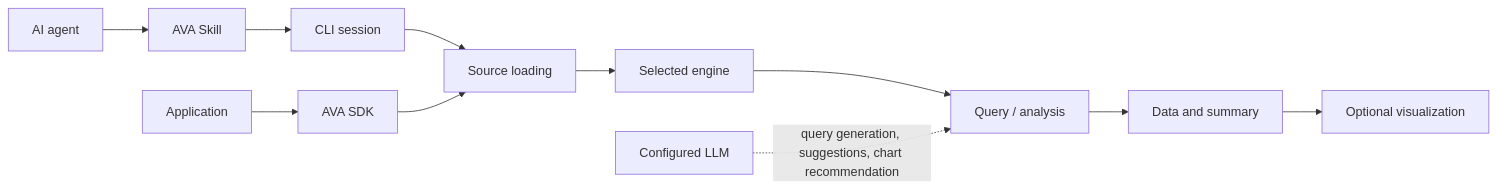
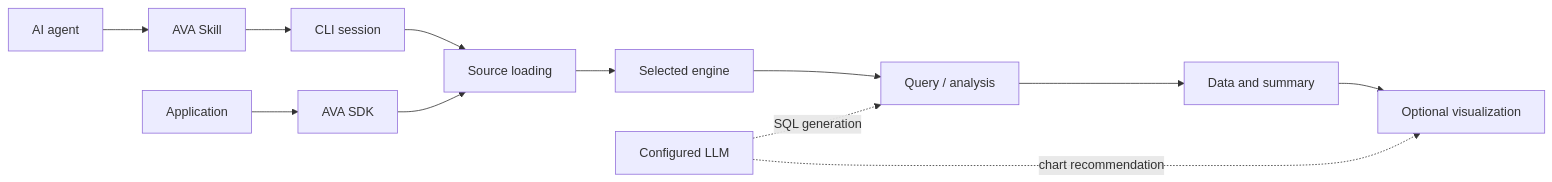
Before and after one commit to antvis/AVA: the diagram in README.md, drawn with Mermaid. The commit also changed other lines of this file, not shown here.

````diff
--- a/README.md
+++ b/README.md
@@ -140,13 +140,14 @@
 ```mermaid
 flowchart LR
     Agent["AI agent"] --> Skill["AVA Skill"]
     Skill --> CLI["CLI session"]
     App["Application"] --> SDK["AVA SDK"]
     CLI --> Load["Source loading"]
     SDK --> Load
     Load --> Engine["Selected engine"]
     Engine --> Query["Query / analysis"]
-    LLM["Configured LLM"] -. "query generation, suggestions, chart recommendation" .-> Query
+    LLM["Configured LLM"] -. SQL generation .-> Query
     Query --> Result["Data and summary"]
     Result --> Viz["Optional visualization"]
+    LLM -. chart recommendation .-> Viz
 ```
````
